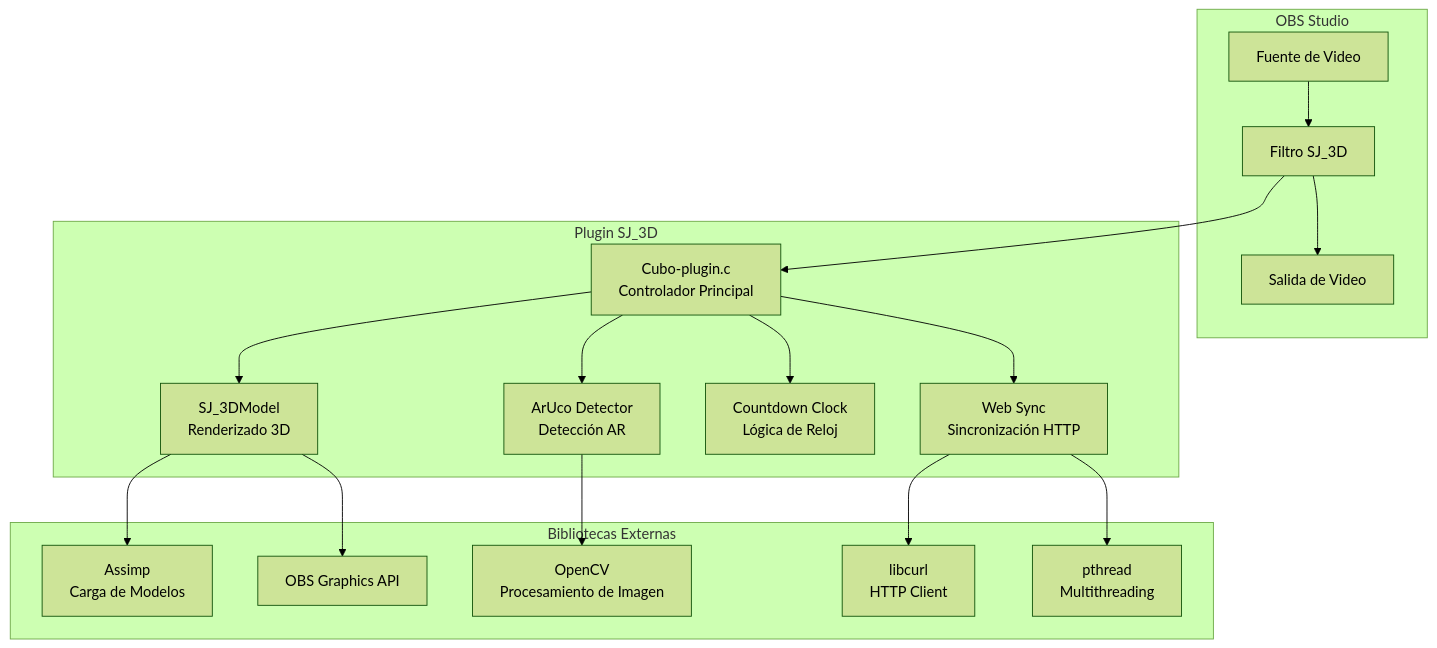
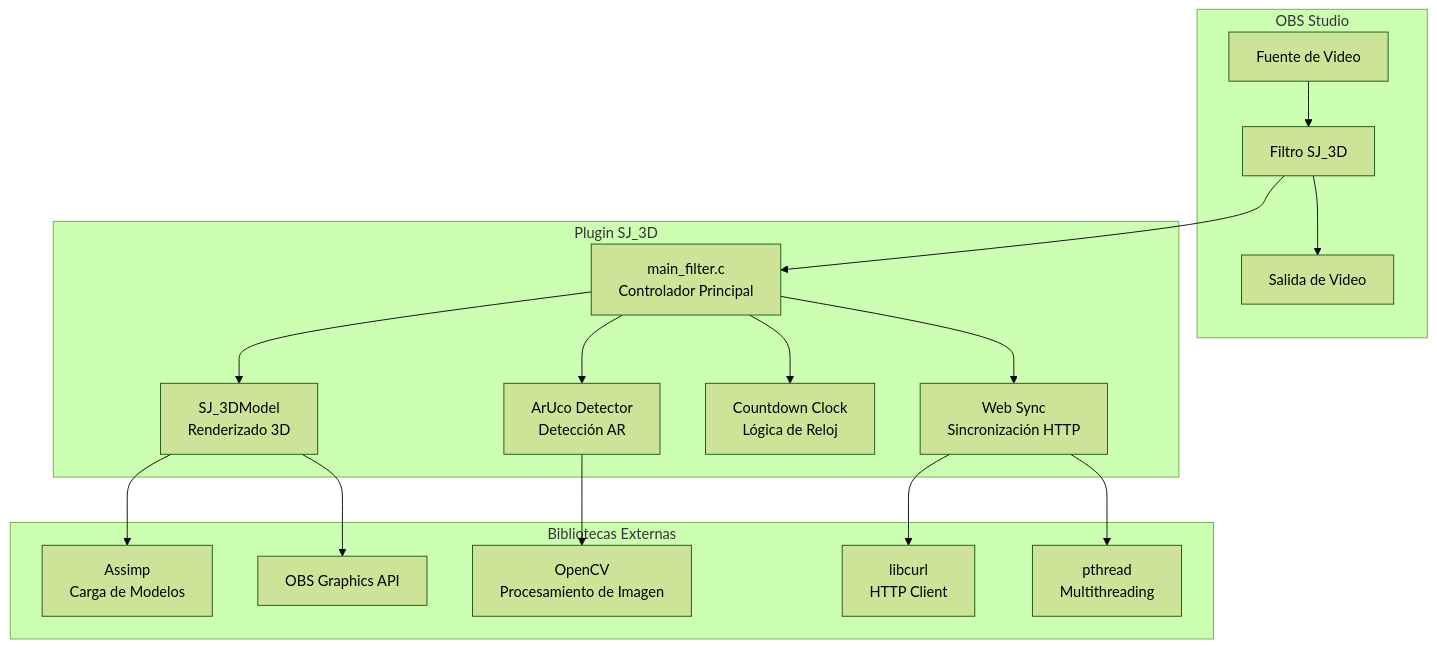
Before and after one commit to sheilajulvez/TFG: the first of 3 diagrams in obs-plugintemplate-master/docs/DOCUMENTACION_COMPLETA.md, drawn with Mermaid (forest theme). The commit also changed other lines of this file and 9 other files, not shown here.

````diff
--- a/obs-plugintemplate-master/docs/DOCUMENTACION_COMPLETA.md
+++ b/obs-plugintemplate-master/docs/DOCUMENTACION_COMPLETA.md
@@ -59,23 +59,23 @@
 ```mermaid
 graph TB
     subgraph "OBS Studio"
         A[Fuente de Video] --> B[Filtro SJ_3D]
         B --> C[Salida de Video]
     end
     
     subgraph "Plugin SJ_3D"
-        B --> D[Cubo-plugin.c<br/>Controlador Principal]
+        B --> D[main_filter.c<br/>Controlador Principal]
         D --> E[SJ_3DModel<br/>Renderizado 3D]
         D --> F[ArUco Detector<br/>Detección AR]
         D --> G[Countdown Clock<br/>Lógica de Reloj]
         D --> H[Web Sync<br/>Sincronización HTTP]
     end
     
     subgraph "Bibliotecas Externas"
         E --> I[Assimp<br/>Carga de Modelos]
         E --> J[OBS Graphics API]
         F --> K[OpenCV<br/>Procesamiento de Imagen]
         H --> L[libcurl<br/>HTTP Client]
         H --> M[pthread<br/>Multithreading]
     end
 ```
````
